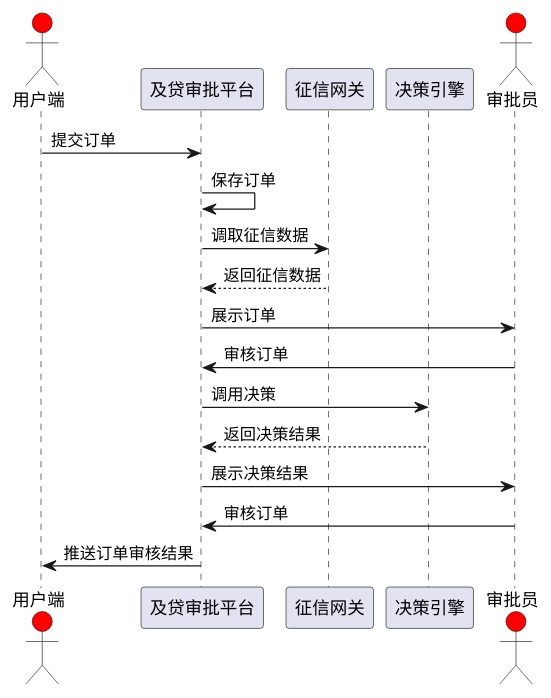
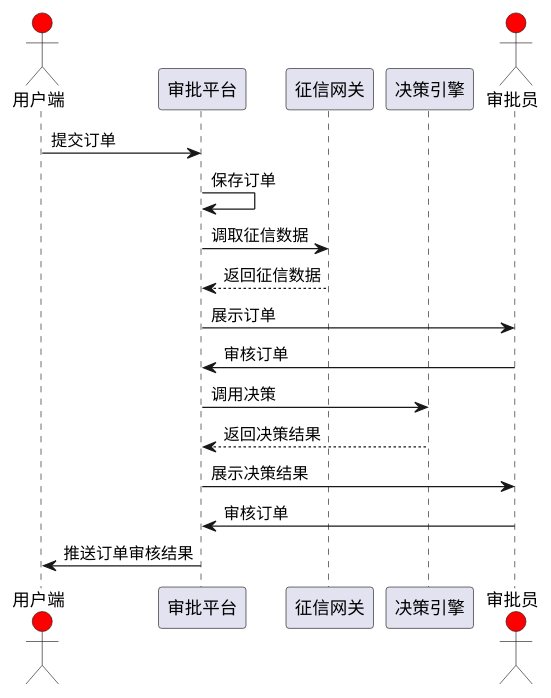
Before and after one commit to EvanLeung08/eshare-practices: the diagram in untitled/doc/first_activiti.puml, drawn with PlantUML. The commit also changed 2 other files, not shown here.

Commit message:
doc:修改时序图用例名称

```diff
--- a/untitled/doc/first_activiti.puml
+++ b/untitled/doc/first_activiti.puml
@@ -1,21 +1,21 @@
 @startuml
 
 actor 用户端 #red
-participant 及贷审批平台
+participant 审批平台
 participant 征信网关
 participant 决策引擎
 actor 审批员 #red
 
-用户端 -> 及贷审批平台: 提交订单
-及贷审批平台 -> 及贷审批平台: 保存订单
-及贷审批平台 -> 征信网关: 调取征信数据
-征信网关 --> 及贷审批平台: 返回征信数据
-及贷审批平台 -> 审批员: 展示订单
-审批员 -> 及贷审批平台: 审核订单
-及贷审批平台 -> 决策引擎: 调用决策
-决策引擎 --> 及贷审批平台: 返回决策结果
-及贷审批平台 -> 审批员: 展示决策结果
-审批员 -> 及贷审批平台: 审核订单
-及贷审批平台 -> 用户端: 推送订单审核结果
+用户端 -> 审批平台: 提交订单
+审批平台 -> 审批平台: 保存订单
+审批平台 -> 征信网关: 调取征信数据
+征信网关 --> 审批平台: 返回征信数据
+审批平台 -> 审批员: 展示订单
+审批员 -> 审批平台: 审核订单
+审批平台 -> 决策引擎: 调用决策
+决策引擎 --> 审批平台: 返回决策结果
+审批平台 -> 审批员: 展示决策结果
+审批员 -> 审批平台: 审核订单
+审批平台 -> 用户端: 推送订单审核结果
 
 @enduml
```
